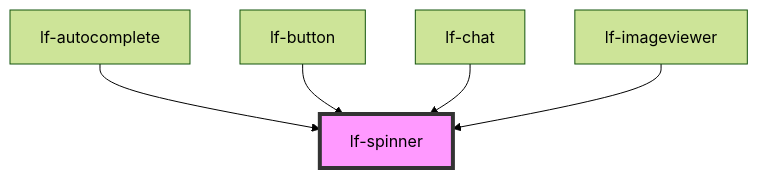
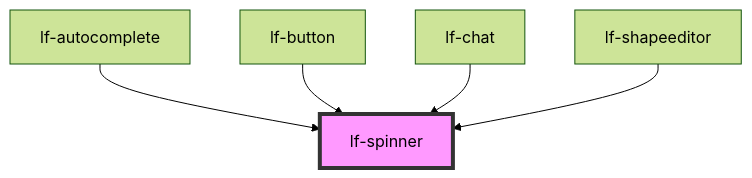
Before and after one commit to lucafoscili/lf-widgets: the diagram in packages/core/src/components/lf-spinner/readme.md, drawn with Mermaid (forest theme). The commit also changed other lines of this file and 27 other files, not shown here.

````diff
--- a/packages/core/src/components/lf-spinner/readme.md
+++ b/packages/core/src/components/lf-spinner/readme.md
@@ -113,8 +113,8 @@
 ```mermaid
 graph TD;
   lf-autocomplete --> lf-spinner
   lf-button --> lf-spinner
   lf-chat --> lf-spinner
-  lf-imageviewer --> lf-spinner
+  lf-shapeeditor --> lf-spinner
   style lf-spinner fill:#f9f,stroke:#333,stroke-width:4px
 ```
````
